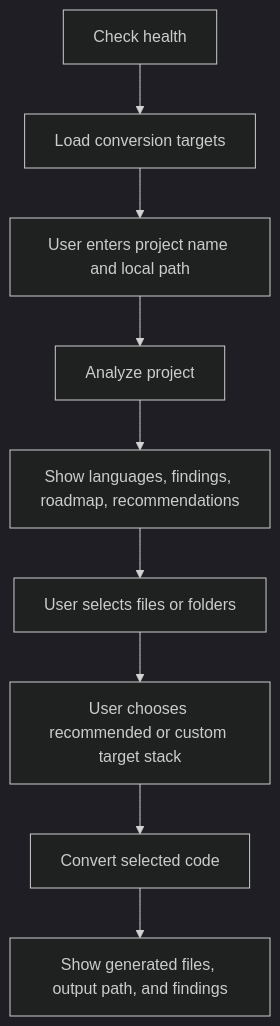
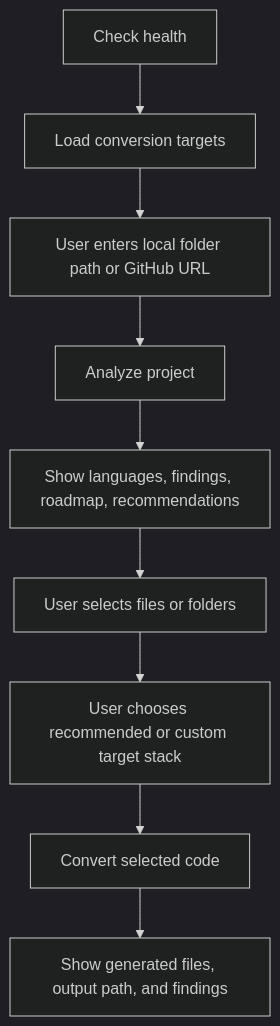
Before and after one commit to Sir-Umair/OpenAi_Hackathone_Backend: the diagram in backend/FRONTEND_API_DOCUMENTATION.md, drawn with Mermaid (dark theme). The commit also changed other lines of this file and 7 other files, not shown here.

````diff
--- a/backend/FRONTEND_API_DOCUMENTATION.md
+++ b/backend/FRONTEND_API_DOCUMENTATION.md
@@ -51,11 +52,11 @@
 ```mermaid
 flowchart TD
     A[Check health] --> B[Load conversion targets]
-    B --> C[User enters project name and local path]
+    B --> C[User enters local folder path or GitHub URL]
     C --> D[Analyze project]
     D --> E[Show languages, findings, roadmap, recommendations]
     E --> F[User selects files or folders]
     F --> G[User chooses recommended or custom target stack]
     G --> H[Convert selected code]
     H --> I[Show generated files, output path, and findings]
 ```
````
